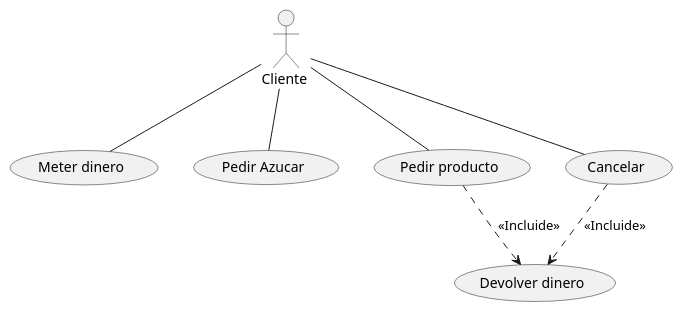
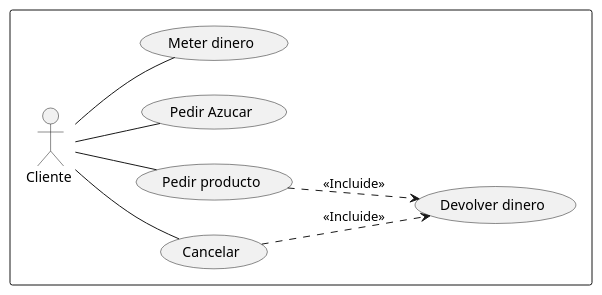
Before and after one commit to M-pozo/UMLCasosDeUso_MiguelPozo: the diagram in src/CasosDeUso/LaMaquinaDeCafe.puml, drawn with PlantUML.

Commit message:
Caso Mejorado (La máquina de café)

```diff
--- a/src/CasosDeUso/LaMaquinaDeCafe.puml
+++ b/src/CasosDeUso/LaMaquinaDeCafe.puml
@@ -1,21 +1,23 @@
 @startuml
+left to right direction
+rectangle  {
+  :Cliente : as c
 
-:Cliente : as c
+  usecase "Devolver dinero" as UC5
+  usecase "Cancelar" as UC4
+  usecase "Pedir producto" as UC3
+  usecase "Pedir Azucar" as UC2
+  usecase "Meter dinero" as UC1
+}
 
-
-usecase "Meter dinero" as UC1
-usecase "Pedir Azucar" as UC2
-usecase "Pedir producto" as UC3
-usecase "Cancelar" as UC4
-usecase "Devolver dinero" as UC5
 
 
 c -- UC1
 c -- UC2
 c -- UC3
 c -- UC4
 UC3 ..> UC5 : <<Incluide>>
 UC4 ..> UC5 : <<Incluide>>
 
 
 @enduml
```
